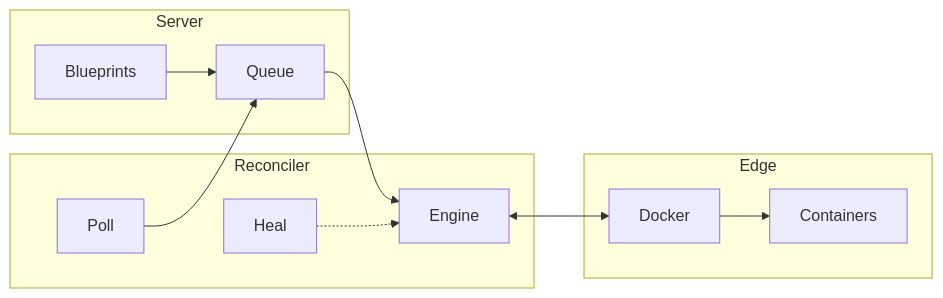
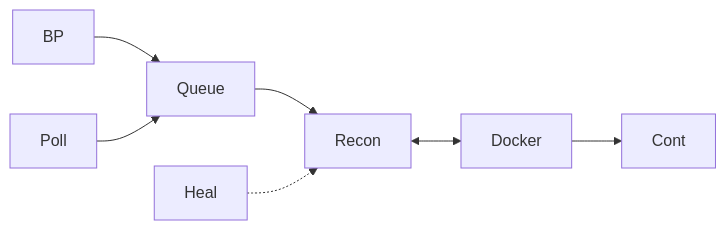
Before and after one commit to cop-pilot-eu/cluster-1-integration: the third of 4 diagrams in README.md, drawn with Mermaid. The commit also changed other lines of this file, not shown here.

````diff
--- a/README.md
+++ b/README.md
@@ -135,25 +118,17 @@
 ```mermaid
 graph LR
-    subgraph Server
-        BP[Blueprints]
-        PROC[Queue]
-    end
+    BP[BP]
+    Q[Queue]
+    P[Poll]
+    H[Heal]
+    R[Recon]
+    D[Docker]
+    C[Cont]
 
-    subgraph Reconciler
-        POLL[Poll]
-        HEAL[Heal]
-        REC[Engine]
-    end
-
-    subgraph Edge
-        API[Docker]
-        C[Containers]
-    end
-
-    BP --> PROC
-    POLL --> PROC
-    PROC --> REC
-    HEAL -.-> REC
-    REC <--> API
-    API --> C
+    BP --> Q
+    P --> Q
+    Q --> R
+    H -.-> R
+    R <--> D
+    D --> C
 ```
````
